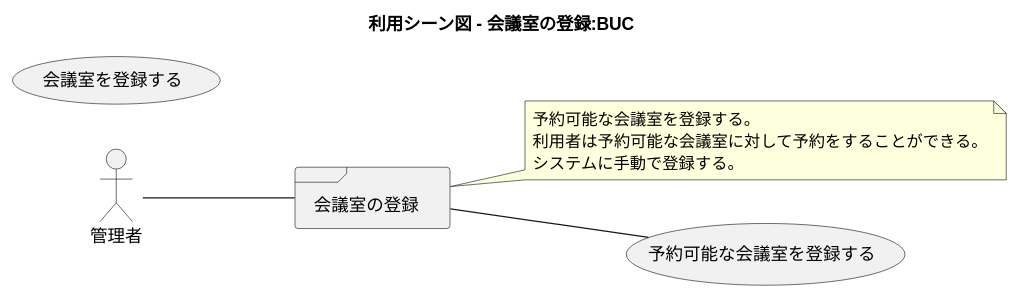
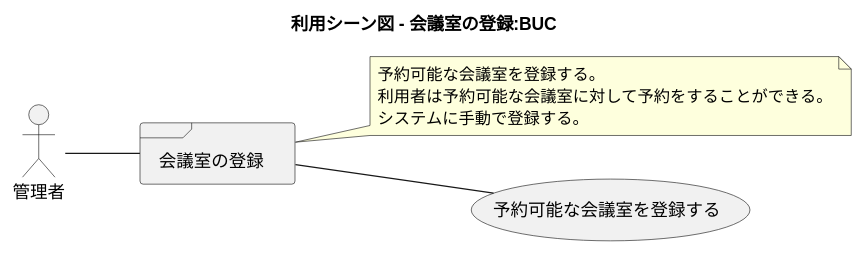
One commit to k2works/case-study-mrs changed the tenth of 19 diagrams in docs/index.adoc. Above: the diagram before and after it, drawn with PlantUML. The commit also changed other lines of this file and 21 other files, not shown here.

```diff
--- a/docs/index.adoc
+++ b/docs/index.adoc
@@ -310,25 +329,25 @@
 [plantuml]
 ----
 @startuml
 
 title 利用シーン図 - 会議室の登録:BUC
 
 left to right direction
 
-actor 管理者
+actor 管理者 as ac_01
 
 frame 会議室の登録
 note right of 会議室の登録
    予約可能な会議室を登録する。
    利用者は予約可能な会議室に対して予約をすることができる。
    システムに手動で登録する。
 end note
 
-usecase 会議室を登録する
+usecase 予約可能な会議室を登録する
 
-:管理者: -- 会議室の登録
+:ac_01: -- 会議室の登録
 会議室の登録 -- (予約可能な会議室を登録する)
 
 
 @enduml
 ----
```
